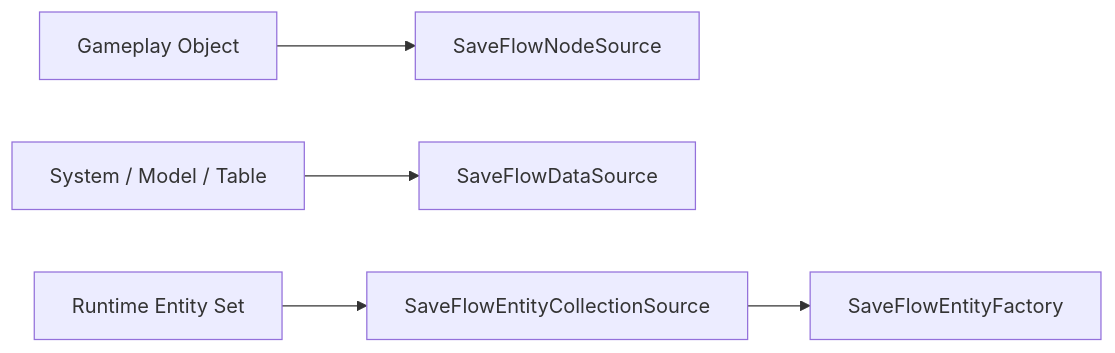
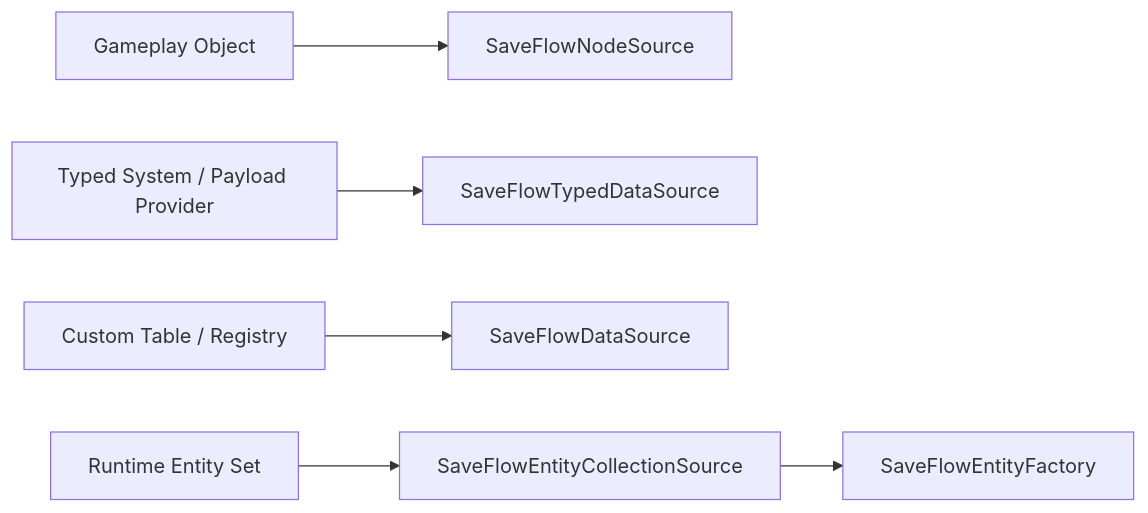
One commit to Zoroiscrying/saveflow-lite changed the first of 6 diagrams in addons/saveflow_lite/docs/saveflow-concept-map.md. Above: the diagram before and after it, drawn with Mermaid. The commit also changed other lines of this file and 82 other files, not shown here.

````diff
--- a/addons/saveflow_lite/docs/saveflow-concept-map.md
+++ b/addons/saveflow_lite/docs/saveflow-concept-map.md
@@ -7,7 +7,8 @@
 ```mermaid
 flowchart LR
     A["Gameplay Object"] --> B["SaveFlowNodeSource"]
-    C["System / Model / Table"] --> D["SaveFlowDataSource"]
-F["Runtime Entity Set"] --> G["SaveFlowEntityCollectionSource"]
-G --> H["SaveFlowEntityFactory"]
+    C["Typed System / Payload Provider"] --> D["SaveFlowTypedDataSource"]
+    E["Custom Table / Registry"] --> F["SaveFlowDataSource"]
+    G["Runtime Entity Set"] --> H["SaveFlowEntityCollectionSource"]
+    H --> I["SaveFlowEntityFactory"]
 ```
````
